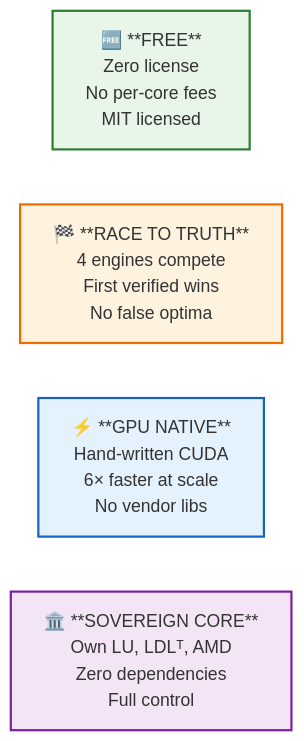
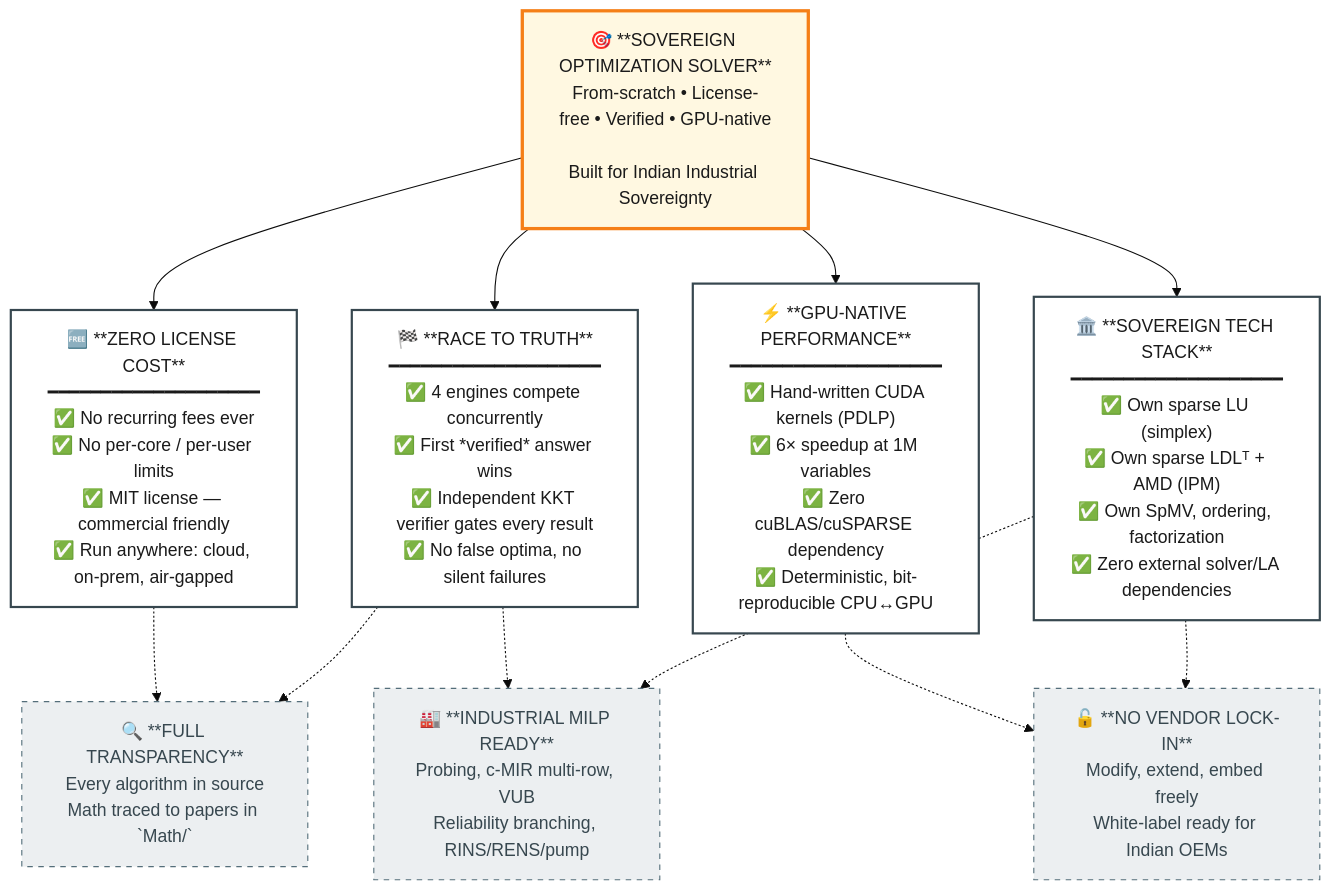
The first of 5 diagrams in README.md (TANESHDEVHARE/Team-Suprema), drawn with Mermaid (base theme) before and after one commit.

Commit message:
Adding UVP

````diff
--- a/README.md
+++ b/README.md
@@ -22,12 +22,41 @@
 ```mermaid
-flowchart LR
-    A["🆓 **FREE**\nZero license\nNo per-core fees\nMIT licensed"] 
-    B["🏁 **RACE TO TRUTH**\n4 engines compete\nFirst verified wins\nNo false optima"]
-    C["⚡ **GPU NATIVE**\nHand-written CUDA\n6× faster at scale\nNo vendor libs"]
-    D["🏛️ **SOVEREIGN CORE**\nOwn LU, LDLᵀ, AMD\nZero dependencies\nFull control"]
+flowchart TB
+    %% Central UVP
+    UVP["🎯 **SOVEREIGN OPTIMIZATION SOLVER**\nFrom-scratch • License-free • Verified • GPU-native\n\nBuilt for Indian Industrial Sovereignty"]
     
-    style A fill:#e8f5e9,stroke:#2e7d32,stroke-width:2px
-    style B fill:#fff3e0,stroke:#ef6c00,stroke-width:2px
-    style C fill:#e3f2fd,stroke:#1565c0,stroke-width:2px
-    style D fill:#f3e5f5,stroke:#7b1fa2,stroke-width:2px
+    %% Four Pillars
+    P1["🆓 **ZERO LICENSE COST**\n━━━━━━━━━━━━━━━━━━━━\n✅ No recurring fees ever\n✅ No per-core / per-user limits\n✅ MIT license — commercial friendly\n✅ Run anywhere: cloud, on-prem, air-gapped"]
+    
+    P2["🏁 **RACE TO TRUTH**\n━━━━━━━━━━━━━━━━━━━━\n✅ 4 engines compete concurrently\n✅ First *verified* answer wins\n✅ Independent KKT verifier gates every result\n✅ No false optima, no silent failures"]
+    
+    P3["⚡ **GPU-NATIVE PERFORMANCE**\n━━━━━━━━━━━━━━━━━━━━\n✅ Hand-written CUDA kernels (PDLP)\n✅ 6× speedup at 1M variables\n✅ Zero cuBLAS/cuSPARSE dependency\n✅ Deterministic, bit-reproducible CPU↔GPU"]
+    
+    P4["🏛️ **SOVEREIGN TECH STACK**\n━━━━━━━━━━━━━━━━━━━━\n✅ Own sparse LU (simplex)\n✅ Own sparse LDLᵀ + AMD (IPM)\n✅ Own SpMV, ordering, factorization\n✅ Zero external solver/LA dependencies"]
+    
+    %% Differentiators that cut across pillars
+    D1["🔍 **FULL TRANSPARENCY**\nEvery algorithm in source\nMath traced to papers in `Math/`"]
+    D2["🔓 **NO VENDOR LOCK-IN**\nModify, extend, embed freely\nWhite-label ready for Indian OEMs"]
+    D3["🏭 **INDUSTRIAL MILP READY**\nProbing, c-MIR multi-row, VUB\nReliability branching, RINS/RENS/pump"]
+    
+    %% Connections
+    UVP --> P1
+    UVP --> P2
+    UVP --> P3
+    UVP --> P4
+    
+    P1 -.-> D1
+    P2 -.-> D1
+    P3 -.-> D2
+    P4 -.-> D2
+    P2 -.-> D3
+    P4 -.-> D3
+    
+    %% Styling
+    classDef uvp fill:#fff8e1,stroke:#f57f17,stroke-width:3px,color:#1a1a1a
+    classDef pillar fill:#ffffff,stroke:#37474f,stroke-width:2px,color:#1a1a1a
+    classDef diff fill:#eceff1,stroke:#546e7a,stroke-width:1px,stroke-dasharray: 5 5,color:#37474f
+    
+    class UVP uvp
+    class P1,P2,P3,P4 pillar
+    class D1,D2,D3 diff
 ```
````
